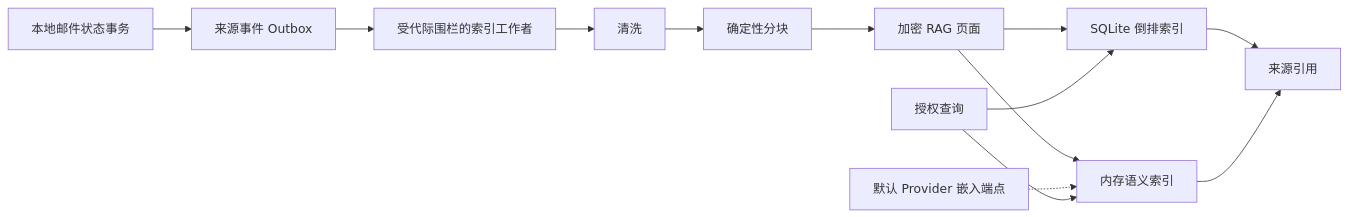
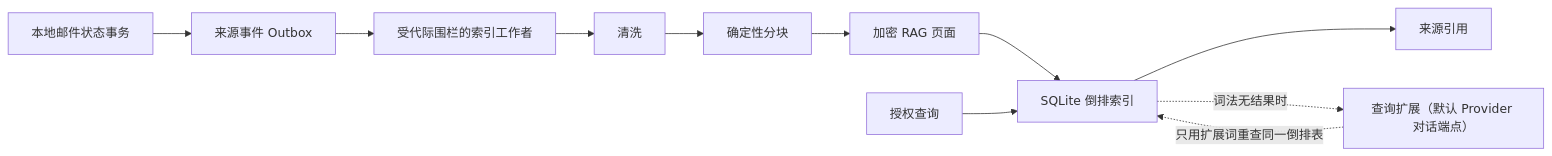
The diagram in docs/rag/architecture.zh-CN.md (QinIndexCode/nami-mail), drawn with Mermaid before and after one commit. The commit also changed other lines of this file and 395 other files, not shown here.

````diff
--- a/docs/rag/architecture.zh-CN.md
+++ b/docs/rag/architecture.zh-CN.md
@@ -11,15 +11,13 @@
 ```mermaid
 flowchart LR
   Mail["本地邮件状态事务"] --> Outbox["来源事件 Outbox"]
   Outbox --> Worker["受代际围栏的索引工作者"]
   Worker --> Clean["清洗"]
   Clean --> Chunk["确定性分块"]
   Chunk --> Pages["加密 RAG 页面"]
   Pages --> Lexical["SQLite 倒排索引"]
-  Pages --> Semantic["内存语义索引"]
-  Embed["默认 Provider 嵌入端点"] -.-> Semantic
   Query["授权查询"] --> Lexical
-  Query --> Semantic
   Lexical --> Cite["来源引用"]
-  Semantic --> Cite
+  Lexical -.->|"词法无结果时"| Expand["查询扩展（默认 Provider 对话端点）"]
+  Expand -.->|"只用扩展词重查同一倒排表"| Lexical
 ```
````
